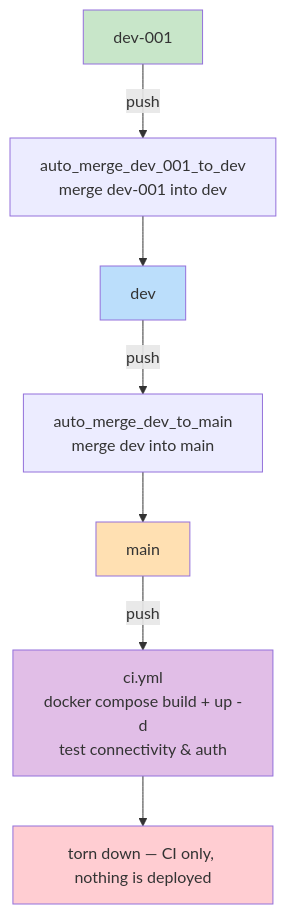
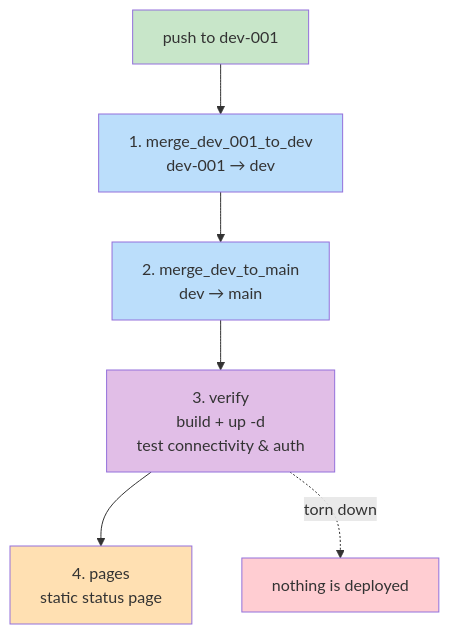
One commit to Mcc-Mak/application-proxy-server changed the diagram in README.md. Above: the diagram before and after it, drawn with Mermaid. The commit also changed other lines of this file and 5 other files, not shown here.

````diff
--- a/README.md
+++ b/README.md
@@ -72,15 +72,16 @@
 ```mermaid
 flowchart TD
-    DEV001["dev-001"] -->|"push"| M1
-    M1["auto_merge_dev_001_to_dev<br/>merge dev-001 into dev"] --> DEV
-    DEV["dev"] -->|"push"| M2
-    M2["auto_merge_dev_to_main<br/>merge dev into main"] --> MAIN
-    MAIN["main"] -->|"push"| CI["ci.yml<br/>docker compose build + up -d<br/>test connectivity &amp; auth"]
-    CI --> DONE["torn down — CI only, nothing is deployed"]
+    P["push to dev-001"] --> M1
+    M1["1. merge_dev_001_to_dev<br/>dev-001 → dev"] --> M2
+    M2["2. merge_dev_to_main<br/>dev → main"] --> V
+    V["3. verify<br/>build + up -d<br/>test connectivity &amp; auth"] --> PG
+    PG["4. pages<br/>static status page"]
+    V -.->|"torn down"| DONE["nothing is deployed"]
 
-    style DEV001 fill:#c8e6c9
-    style DEV fill:#bbdefb
-    style MAIN fill:#ffe0b2
-    style CI fill:#e1bee7
+    style P fill:#c8e6c9
+    style M1 fill:#bbdefb
+    style M2 fill:#bbdefb
+    style V fill:#e1bee7
+    style PG fill:#ffe0b2
     style DONE fill:#ffcdd2
 ```
````
